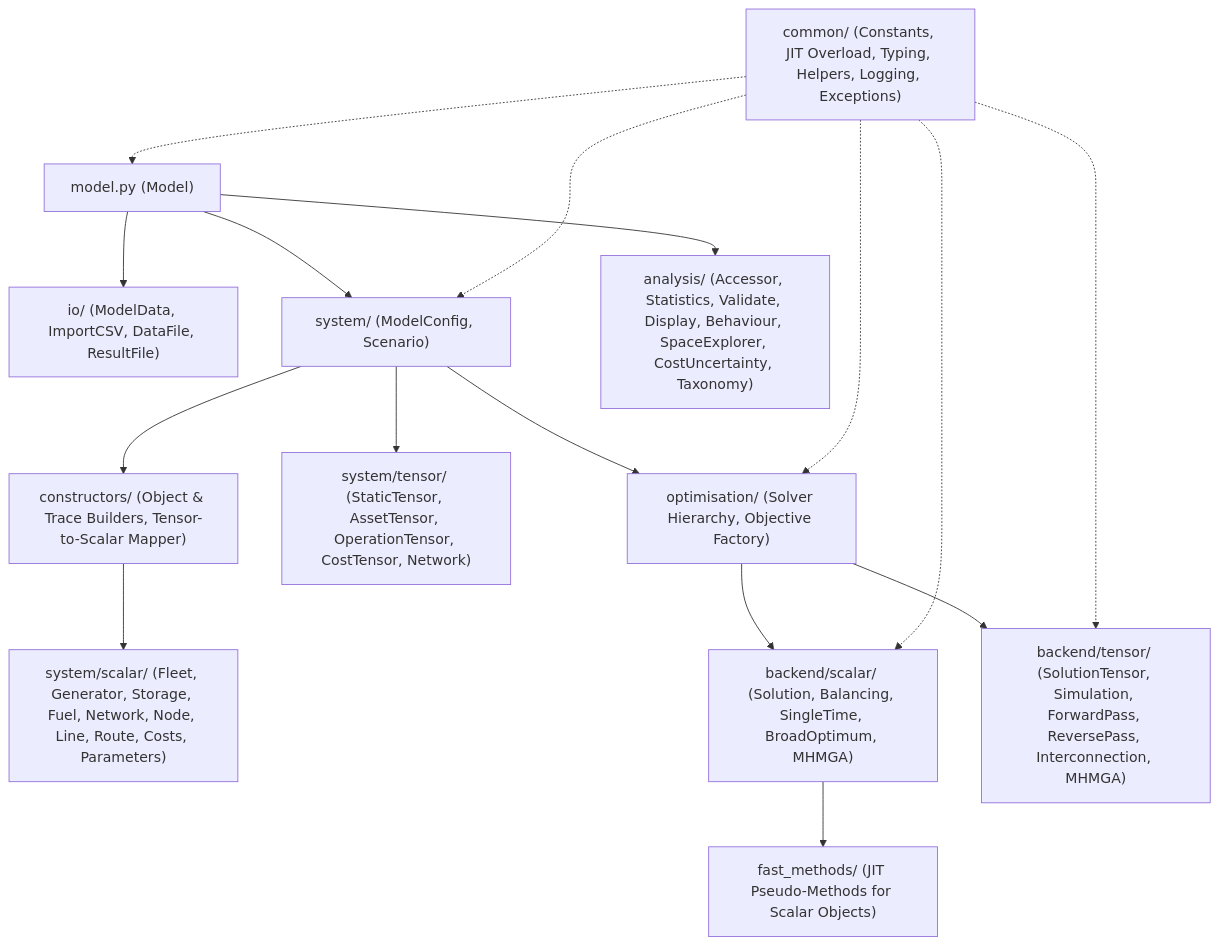
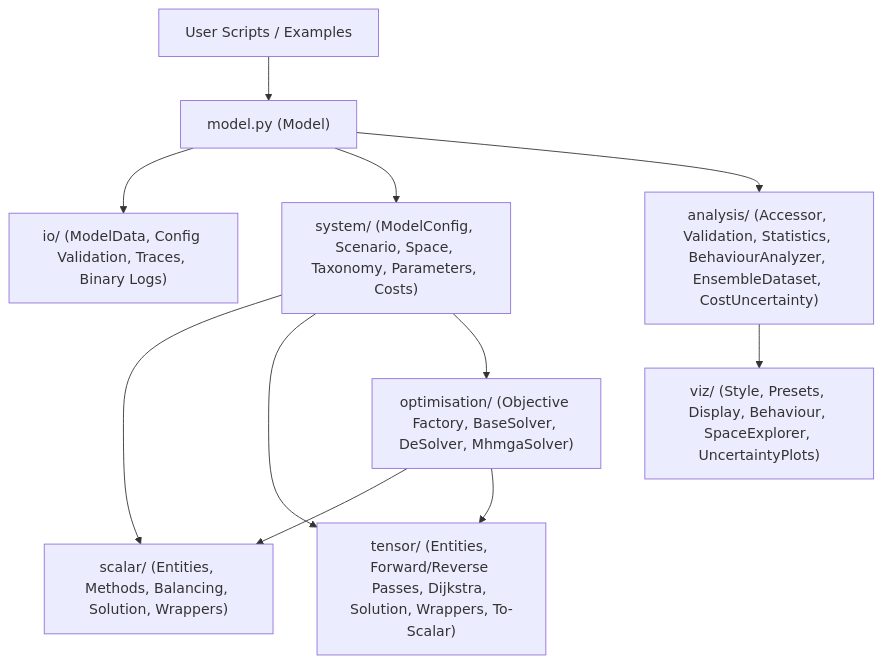
Before and after one commit to HThawley/FIRMEurope: the diagram in docs/README.md, drawn with Mermaid. The commit also changed other lines of this file and 131 other files, not shown here.

````diff
--- a/docs/README.md
+++ b/docs/README.md
@@ -11,18 +10,13 @@
 ```mermaid
 flowchart TD
-    Model["model.py (Model)"] --> IO["io/ (ModelData, ImportCSV, DataFile, ResultFile)"]
-    Model --> Sys["system/ (ModelConfig, Scenario)"]
-    Sys --> Cons["constructors/ (Object & Trace Builders, Tensor-to-Scalar Mapper)"]
-    Cons --> SysScalar["system/scalar/ (Fleet, Generator, Storage, Fuel, Network, Node, Line, Route, Costs, Parameters)"]
-    Sys --> SysTensor["system/tensor/ (StaticTensor, AssetTensor, OperationTensor, CostTensor, Network)"]
-    Sys --> Opt["optimisation/ (Solver Hierarchy, Objective Factory)"]
-    Opt --> BackScalar["backend/scalar/ (Solution, Balancing, SingleTime, BroadOptimum, MHMGA)"]
-    Opt --> BackTensor["backend/tensor/ (SolutionTensor, Simulation, ForwardPass, ReversePass, Interconnection, MHMGA)"]
-    BackScalar --> Fast["fast_methods/ (JIT Pseudo-Methods for Scalar Objects)"]
-    Model --> Analysis["analysis/ (Accessor, Statistics, Validate, Display, Behaviour, SpaceExplorer, CostUncertainty, Taxonomy)"]
-    Common["common/ (Constants, JIT Overload, Typing, Helpers, Logging, Exceptions)"] -.-> Model
-    Common -.-> Sys
-    Common -.-> Opt
-    Common -.-> BackScalar
-    Common -.-> BackTensor
+    User["User Scripts / Examples"] --> Model["model.py (Model)"]
+    Model --> IO["io/ (ModelData, Config Validation, Traces, Binary Logs)"]
+    Model --> System["system/ (ModelConfig, Scenario, Space, Taxonomy, Parameters, Costs)"]
+    System --> Scalar["scalar/ (Entities, Methods, Balancing, Solution, Wrappers)"]
+    System --> Tensor["tensor/ (Entities, Forward/Reverse Passes, Dijkstra, Solution, Wrappers, To-Scalar)"]
+    System --> Opt["optimisation/ (Objective Factory, BaseSolver, DeSolver, MhmgaSolver)"]
+    Opt --> Scalar
+    Opt --> Tensor
+    Model --> Analysis["analysis/ (Accessor, Validation, Statistics, BehaviourAnalyzer, EnsembleDataset, CostUncertainty)"]
+    Analysis --> Viz["viz/ (Style, Presets, Display, Behaviour, SpaceExplorer, UncertaintyPlots)"]
 ```
````
